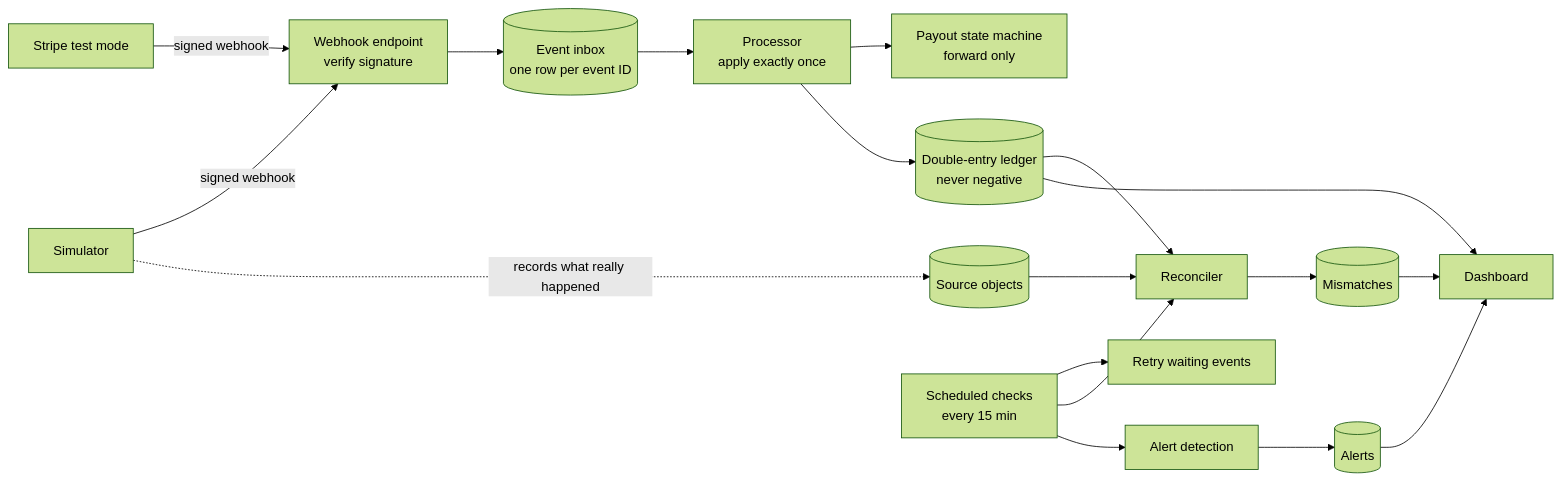
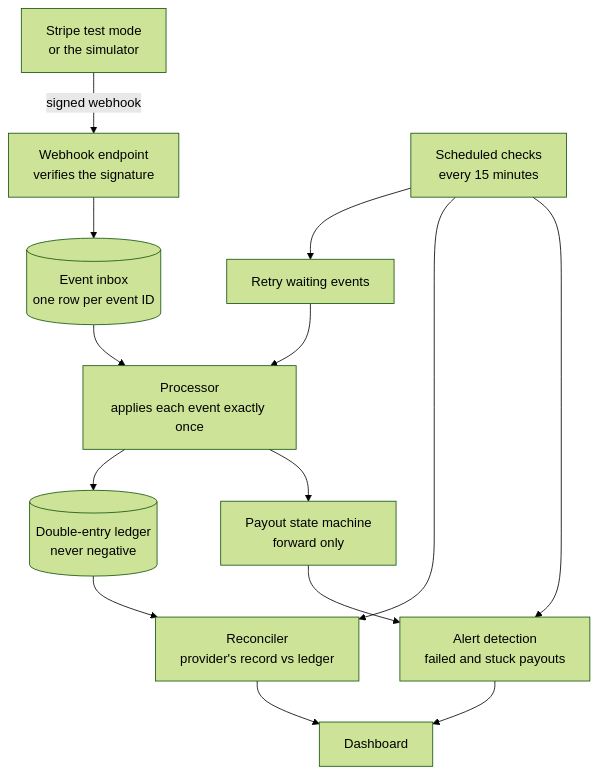
One commit to JalelDridi/payout-ledger changed the diagram in README.md. Above: the diagram before and after it, drawn with Mermaid (forest theme).

Commit message:
docs: make the architecture diagram readable on GitHub

````diff
--- a/README.md
+++ b/README.md
@@ -23,23 +23,18 @@
 ```mermaid
-flowchart LR
-    S[Stripe test mode] -->|signed webhook| W
-    Sim[Simulator] -->|signed webhook| W
-    Sim -.->|records what really happened| Src[(Source objects)]
+flowchart TD
+    Src["Stripe test mode<br/>or the simulator"] -->|signed webhook| W["Webhook endpoint<br/>verifies the signature"]
+    W --> I[("Event inbox<br/>one row per event ID")]
+    I --> P["Processor<br/>applies each event exactly once"]
+    P --> L[("Double-entry ledger<br/>never negative")]
+    P --> SM["Payout state machine<br/>forward only"]
 
-    W[Webhook endpoint<br/>verify signature] --> I[(Event inbox<br/>one row per event ID)]
-    I --> P[Processor<br/>apply exactly once]
-    P --> SM[Payout state machine<br/>forward only]
-    P --> L[(Double-entry ledger<br/>never negative)]
+    J["Scheduled checks<br/>every 15 minutes"] --> Retry["Retry waiting events"]
+    J --> Rec["Reconciler<br/>provider's record vs ledger"]
+    J --> Al["Alert detection<br/>failed and stuck payouts"]
+    Retry --> P
+    L --> Rec
+    SM --> Al
 
-    J[Scheduled checks<br/>every 15 min] --> R[Retry waiting events]
-    J --> Rec[Reconciler]
-    J --> A[Alert detection]
-    Src --> Rec
-    L --> Rec
-    Rec --> M[(Mismatches)]
-    A --> Al[(Alerts)]
-
-    M --> D[Dashboard]
+    Rec --> D["Dashboard"]
     Al --> D
-    L --> D
 ```
````
